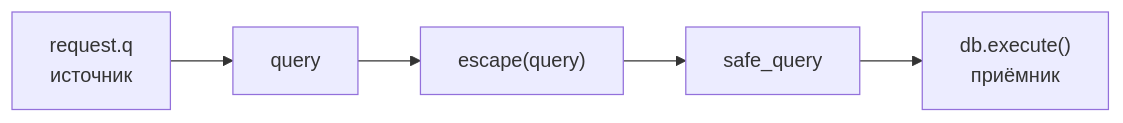
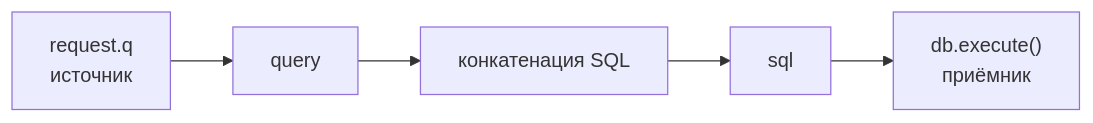
One commit to dapi/memory-bank changed the third of 4 diagrams in articles/code-property-graph.md. Above: the diagram before and after it, drawn with Mermaid. The commit also changed other lines of this file and 9 other files, not shown here.

````diff
--- a/articles/code-property-graph.md
+++ b/articles/code-property-graph.md
@@ -142,7 +142,7 @@
 ```mermaid
 flowchart LR
     A["request.q<br/>источник"] --> B["query"]
-    B --> C["escape(query)"]
-    C --> D["safe_query"]
+    B --> C["конкатенация SQL"]
+    C --> D["sql"]
     D --> E["db.execute()<br/>приёмник"]
 ```
````
